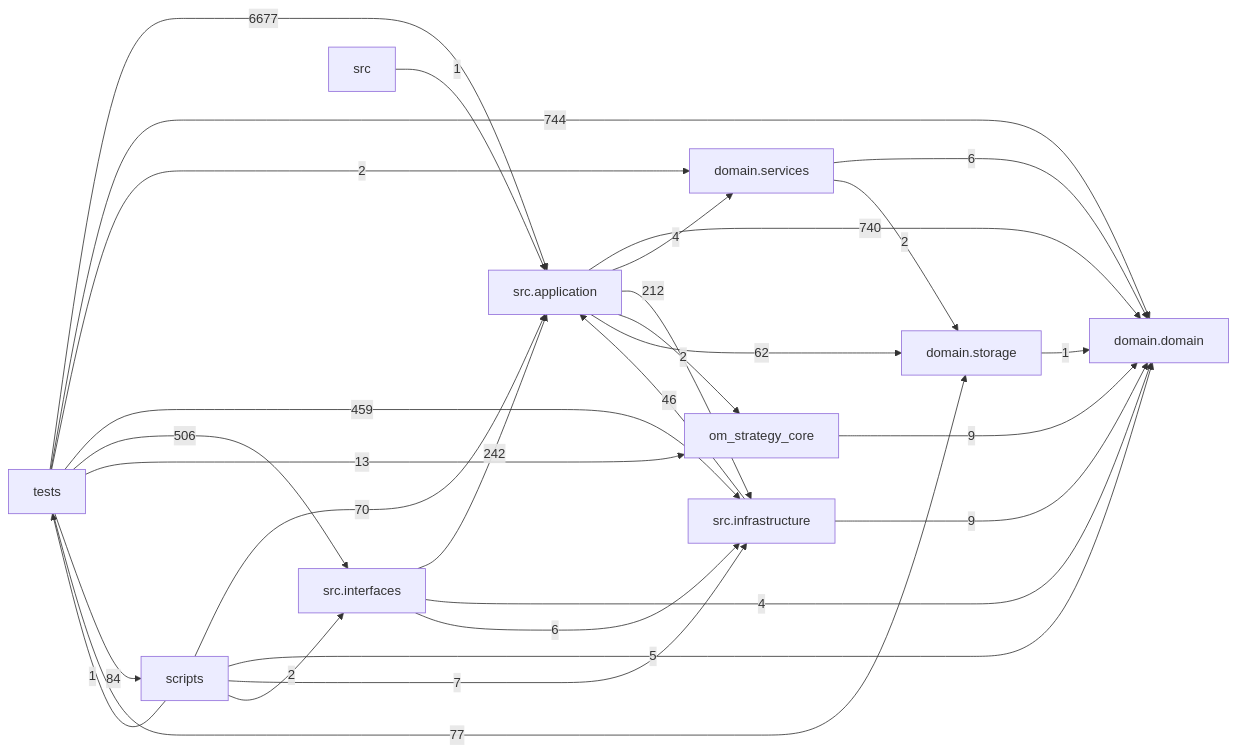
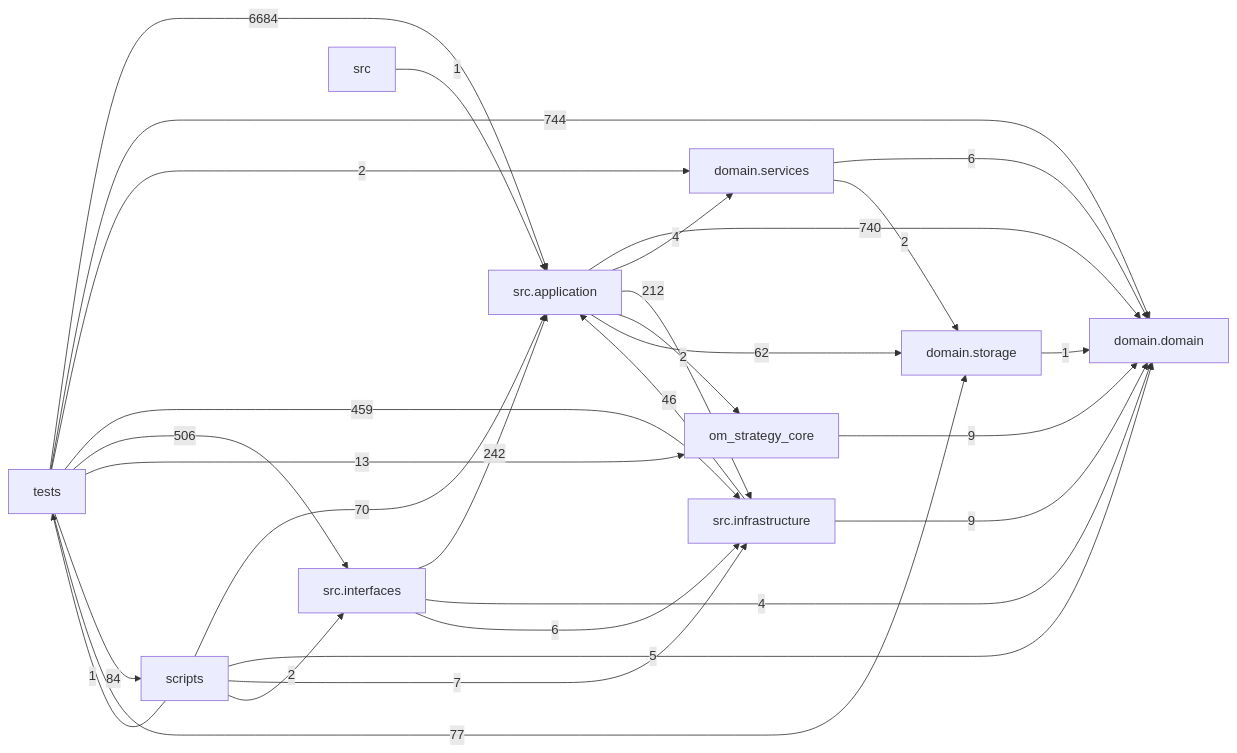
Before and after one commit to liuxie066/options-monitor: the diagram in docs/DEPENDENCY_GRAPH.md, drawn with Mermaid. The commit also changed other lines of this file and 7 other files, not shown here.

````diff
--- a/docs/DEPENDENCY_GRAPH.md
+++ b/docs/DEPENDENCY_GRAPH.md
@@ -24,39 +24,39 @@
 ```mermaid
 flowchart LR
   tests["tests"]
   scripts["scripts"]
   interfaces["src.interfaces"]
   application["src.application"]
   infrastructure["src.infrastructure"]
   domain_services["domain.services"]
   domain["domain.domain"]
   storage["domain.storage"]
   application -->|740| domain
   application -->|4| domain_services
   application -->|212| infrastructure
   application -->|2| om_strategy_core
   application -->|62| storage
   domain_services -->|6| domain
   domain_services -->|2| storage
   infrastructure -->|46| application
   infrastructure -->|9| domain
   interfaces -->|242| application
   interfaces -->|4| domain
   interfaces -->|6| infrastructure
   om_strategy_core -->|9| domain
   scripts -->|70| application
   scripts -->|5| domain
   scripts -->|7| infrastructure
   scripts -->|2| interfaces
   scripts -->|1| tests
   src -->|1| application
   storage -->|1| domain
-  tests -->|6677| application
+  tests -->|6684| application
   tests -->|744| domain
   tests -->|2| domain_services
   tests -->|459| infrastructure
   tests -->|506| interfaces
   tests -->|13| om_strategy_core
   tests -->|84| scripts
   tests -->|77| storage
 ```
````
